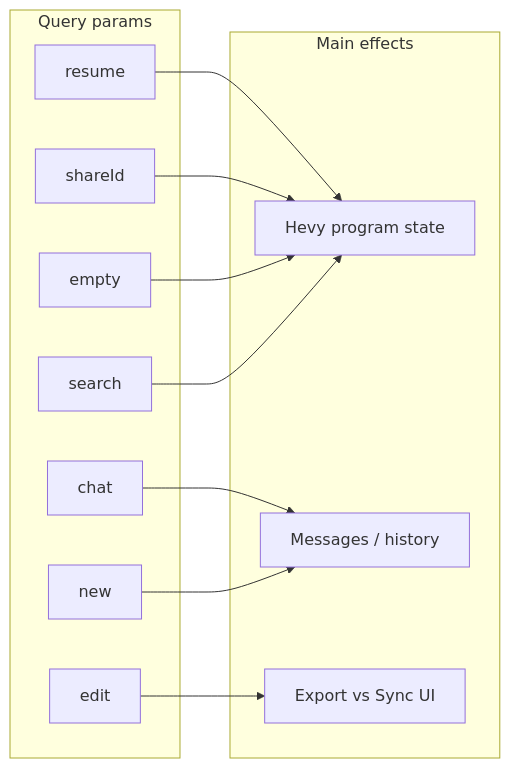
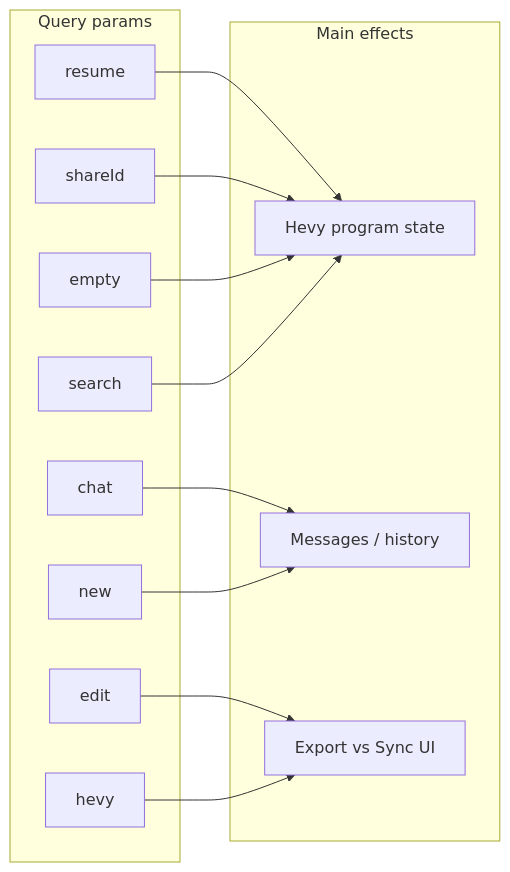
The diagram in docs/build-program-url-params.md (proxima-fitness/proxima), drawn with Mermaid before and after one commit. The commit also changed other lines of this file and 9 other files, not shown here.

````diff
--- a/docs/build-program-url-params.md
+++ b/docs/build-program-url-params.md
@@ -57,24 +62,26 @@
 ```mermaid
 flowchart LR
   subgraph params [Query params]
     resume
     shareId
     empty
     search
     chat
     new
     edit
+    hevy
   end
   subgraph effects [Main effects]
     program[Hevy program state]
     chatState[Messages / history]
     toolbar[Export vs Sync UI]
   end
   resume --> program
   shareId --> program
   empty --> program
   search --> program
   chat --> chatState
   new --> chatState
   edit --> toolbar
+  hevy --> toolbar
 ```
````
